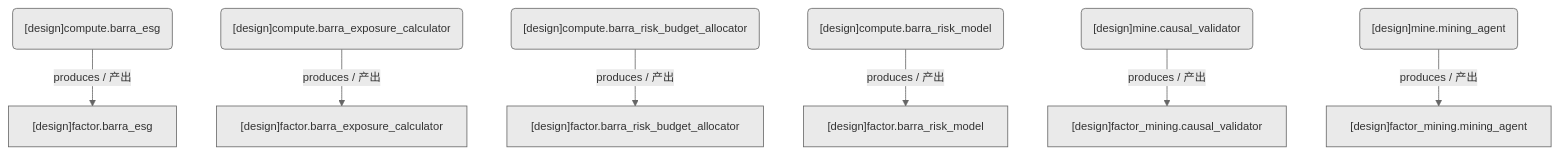
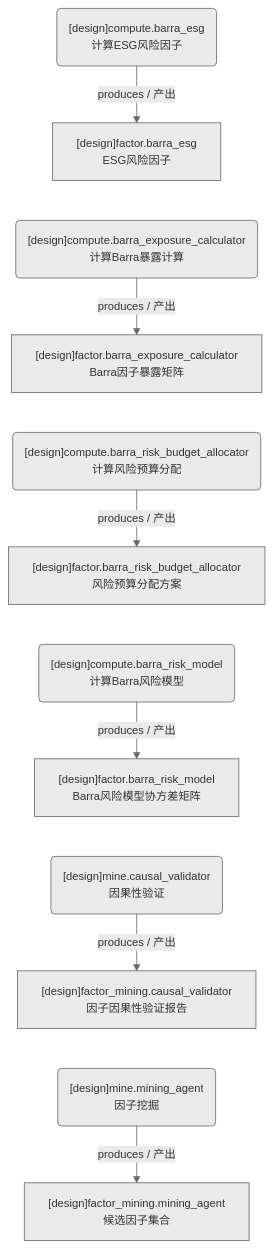
The diagram in docs/02_enterprise_architecture/05_dataflow_architecture/d_factor_barra_mine.md (xuanFelixVan/ZephyrAlpha), drawn with Mermaid before and after one commit. The commit also changed other lines of this file and 11 other files, not shown here.

````diff
--- a/docs/02_enterprise_architecture/05_dataflow_architecture/d_factor_barra_mine.md
+++ b/docs/02_enterprise_architecture/05_dataflow_architecture/d_factor_barra_mine.md
@@ -21,22 +23,27 @@
 ```mermaid
 %%{init: {'theme': 'base', 'themeVariables': {'primaryColor': '#eaeaea', 'primaryTextColor': '#333333', 'primaryBorderColor': '#666666', 'lineColor': '#666666', 'secondaryColor': '#eaeaea', 'tertiaryColor': '#eaeaea', 'fontSize': '14px'}}}%%
 flowchart TD
-    DS11239["[design]factor.barra_esg"]
-    DS11240["[design]factor.barra_exposure_calculator"]
-    DS11241["[design]factor.barra_risk_budget_allocator"]
-    DS11242["[design]factor.barra_risk_model"]
-    DS11243["[design]factor_mining.causal_validator"]
-    DS11244["[design]factor_mining.mining_agent"]
-    JOB757603("[design]compute.barra_esg")
-    JOB757604("[design]compute.barra_exposure_calculator")
-    JOB757605("[design]compute.barra_risk_budget_allocator")
-    JOB757606("[design]compute.barra_risk_model")
-    JOB757607("[design]mine.causal_validator")
-    JOB757608("[design]mine.mining_agent")
+    DS11239["[design]factor.barra_esg<br/>ESG风险因子"]
+    DS11240["[design]factor.barra_exposure_calculator<br/>Barra因子暴露矩阵"]
+    DS11241["[design]factor.barra_risk_budget_allocator<br/>风险预算分配方案"]
+    DS11242["[design]factor.barra_risk_model<br/>Barra风险模型协方差矩阵"]
+    DS11243["[design]factor_mining.causal_validator<br/>因子因果性验证报告"]
+    DS11244["[design]factor_mining.mining_agent<br/>候选因子集合"]
+    JOB757603("[design]compute.barra_esg<br/>计算ESG风险因子")
+    JOB757604("[design]compute.barra_exposure_calculator<br/>计算Barra暴露计算")
+    JOB757605("[design]compute.barra_risk_budget_allocator<br/>计算风险预算分配")
+    JOB757606("[design]compute.barra_risk_model<br/>计算Barra风险模型")
+    JOB757607("[design]mine.causal_validator<br/>因果性验证")
+    JOB757608("[design]mine.mining_agent<br/>因子挖掘")
     JOB757603 -->|produces / 产出| DS11239
     JOB757604 -->|produces / 产出| DS11240
     JOB757605 -->|produces / 产出| DS11241
     JOB757606 -->|produces / 产出| DS11242
     JOB757607 -->|produces / 产出| DS11243
     JOB757608 -->|produces / 产出| DS11244
+    DS11239 ~~~ JOB757604
+    DS11240 ~~~ JOB757605
+    DS11241 ~~~ JOB757606
+    DS11242 ~~~ JOB757607
+    DS11243 ~~~ JOB757608
 ```
````
